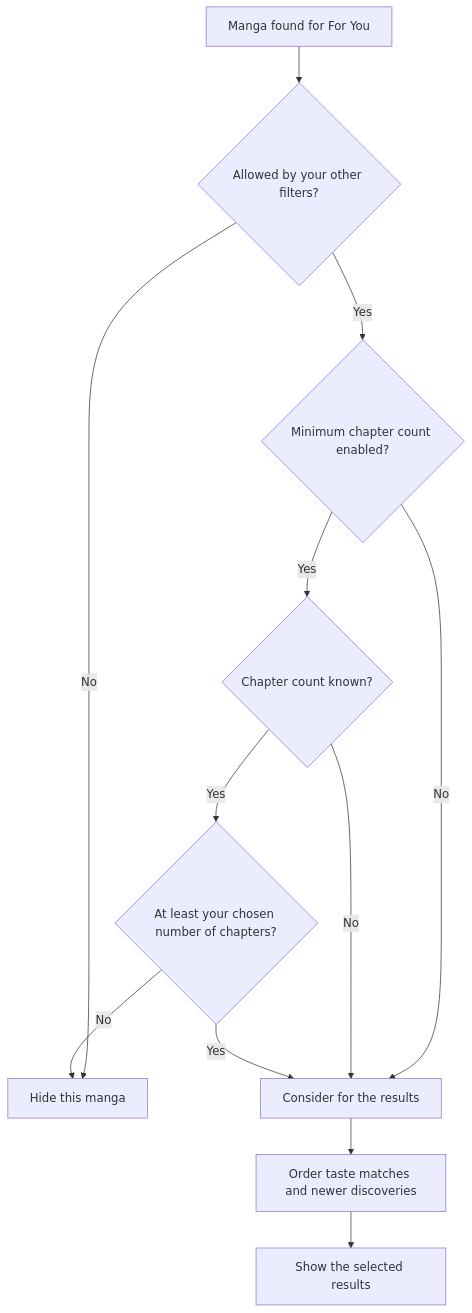
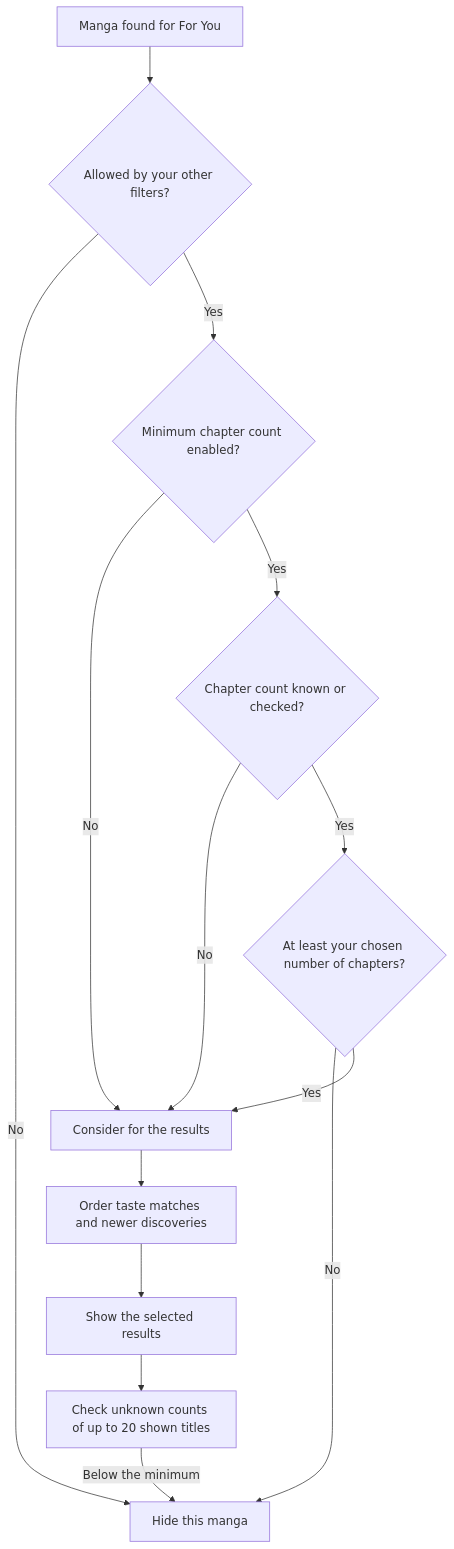
The fifth of 6 diagrams in docs/kmk/feature-guides/recommendations.md (FancyCorey/komikku-fc), drawn with Mermaid before and after one commit. The commit also changed other lines of this file and 22 other files, not shown here.

````diff
--- a/docs/kmk/feature-guides/recommendations.md
+++ b/docs/kmk/feature-guides/recommendations.md
@@ -64,14 +185,16 @@
 ```mermaid
 flowchart TD
     Candidate["Manga found for For You"] --> Rules{"Allowed by your other filters?"}
     Rules -->|No| Exclude["Hide this manga"]
     Rules -->|Yes| Minimum{"Minimum chapter count enabled?"}
     Minimum -->|No| Rank["Consider for the results"]
-    Minimum -->|Yes| Known{"Chapter count known?"}
+    Minimum -->|Yes| Known{"Chapter count known or checked?"}
     Known -->|No| Rank
     Known -->|Yes| Enough{"At least your chosen number of chapters?"}
     Enough -->|No| Exclude
     Enough -->|Yes| Rank
     Rank --> Order["Order taste matches and newer discoveries"]
     Order --> Visible["Show the selected results"]
+    Visible --> CheckShown["Check unknown counts of up to 20 shown titles"]
+    CheckShown -->|Below the minimum| Exclude
 ```
````
